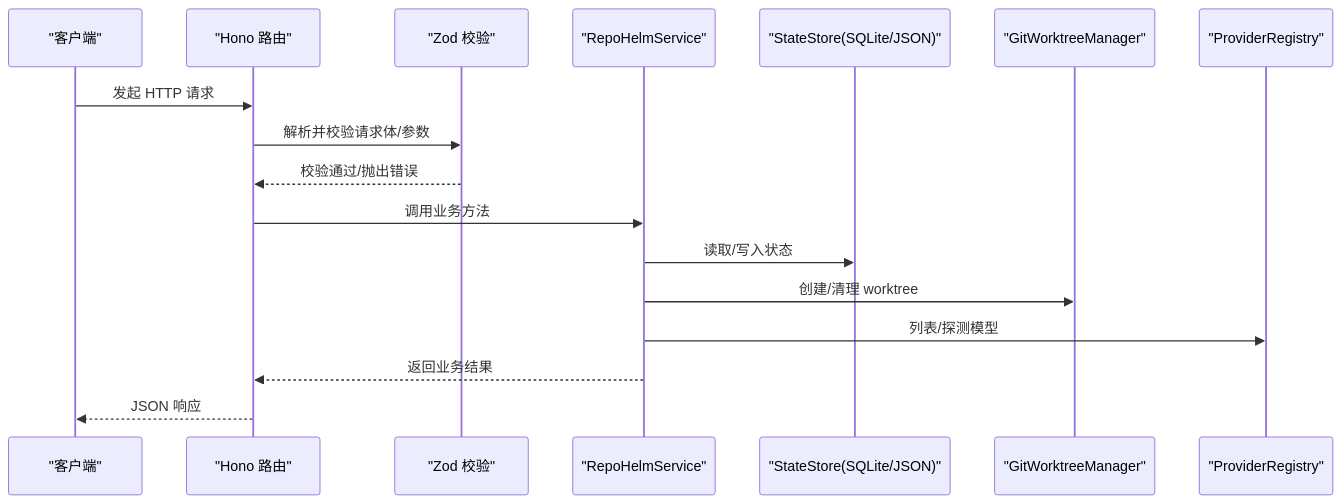
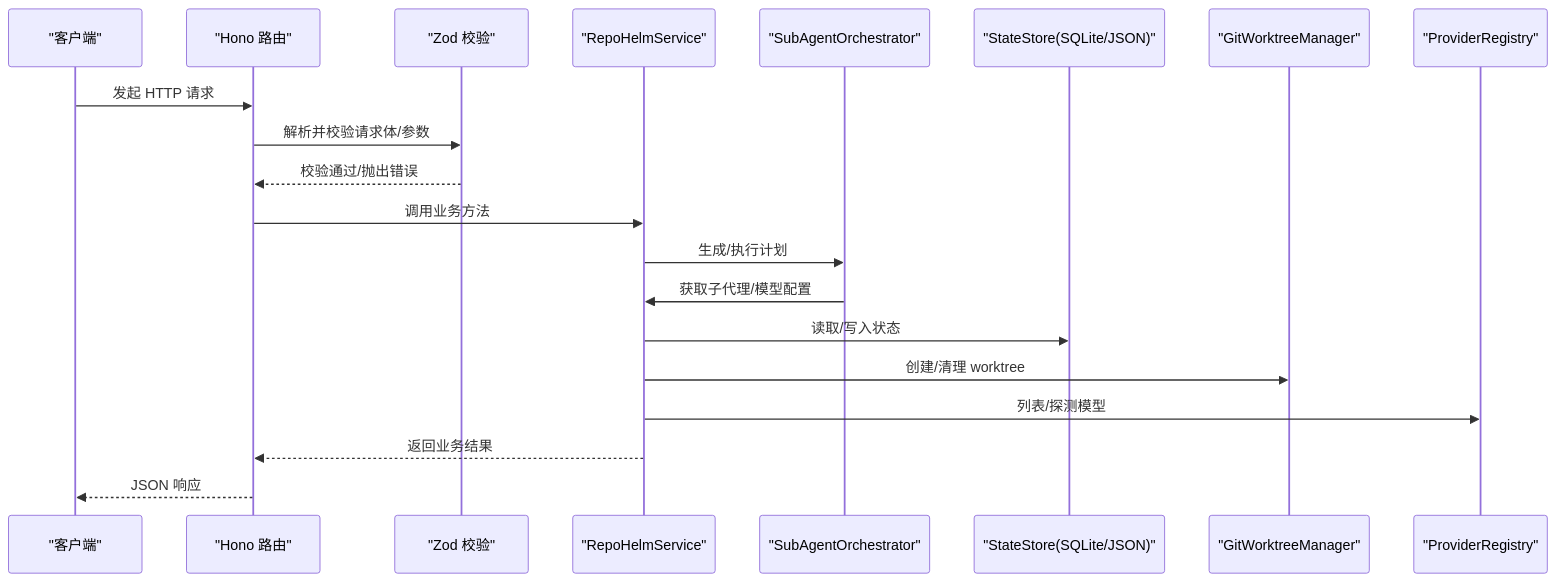
One commit to coconilu/RepoHelm changed the second of 3 diagrams in .qoder/repowiki/zh/content/服务器 API 设计/服务器 API 设计.md. Above: the diagram before and after it, drawn with Mermaid. The commit also changed other lines of this file and 15 other files, not shown here.

````diff
--- a/.qoder/repowiki/zh/content/服务器 API 设计/服务器 API 设计.md
+++ b/.qoder/repowiki/zh/content/服务器 API 设计/服务器 API 设计.md
@@ -95,19 +97,22 @@
 ```mermaid
 sequenceDiagram
 participant Client as "客户端"
 participant Router as "Hono 路由"
 participant Validator as "Zod 校验"
 participant Service as "RepoHelmService"
+participant Orchestrator as "SubAgentOrchestrator"
 participant Store as "StateStore(SQLite/JSON)"
 participant Git as "GitWorktreeManager"
 participant Provider as "ProviderRegistry"
 Client->>Router : 发起 HTTP 请求
 Router->>Validator : 解析并校验请求体/参数
 Validator-->>Router : 校验通过/抛出错误
 Router->>Service : 调用业务方法
+Service->>Orchestrator : 生成/执行计划
+Orchestrator->>Service : 获取子代理/模型配置
 Service->>Store : 读取/写入状态
 Service->>Git : 创建/清理 worktree
 Service->>Provider : 列表/探测模型
 Service-->>Router : 返回业务结果
 Router-->>Client : JSON 响应
 ```
````
